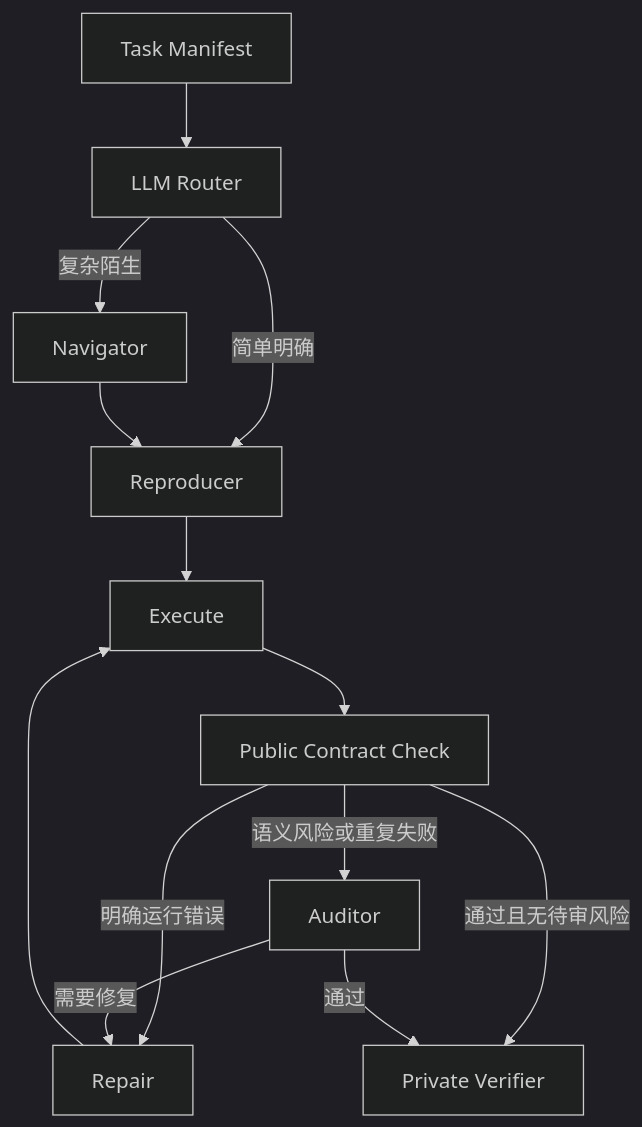
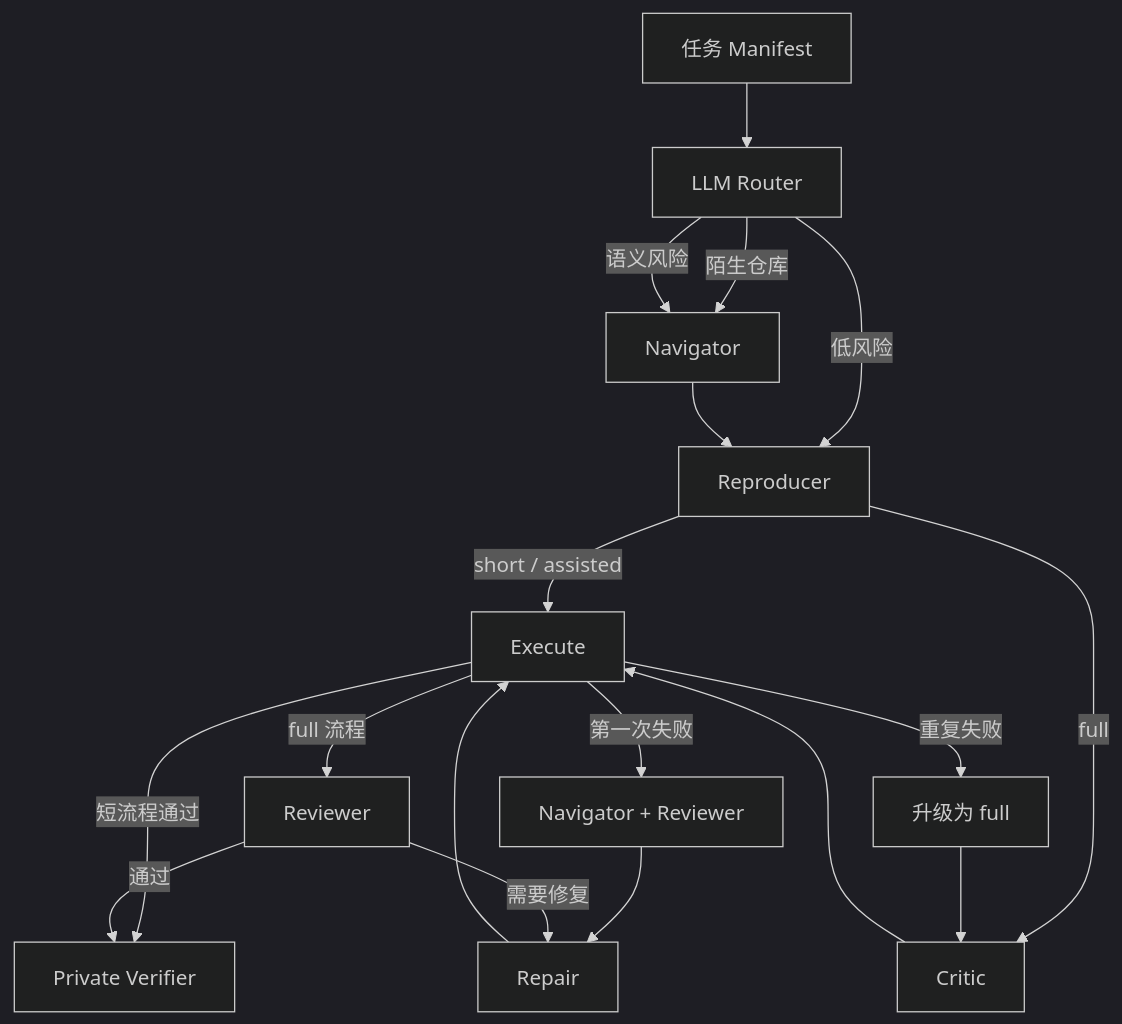
One commit to MRPRESIDENT66/repro-agent changed the diagram in README.zh-CN.md. Above: the diagram before and after it, drawn with Mermaid (dark theme). The commit also changed other lines of this file and 20 other files, not shown here.

````diff
--- a/README.zh-CN.md
+++ b/README.zh-CN.md
@@ -22,15 +10,20 @@
 ```mermaid
 flowchart TD
-    M["Task Manifest"] --> R["LLM Router"]
-    R -->|简单明确| P["Reproducer"]
-    R -->|复杂陌生| N["Navigator"]
+    T["任务 Manifest"] --> R["LLM Router"]
+    R -->|低风险| P["Reproducer"]
+    R -->|陌生仓库| N["Navigator"]
+    R -->|语义风险| N
     N --> P
-    P --> E["Execute"]
-    E --> C["Public Contract Check"]
-    C -->|明确运行错误| X["Repair"]
-    C -->|语义风险或重复失败| A["Auditor"]
-    A -->|需要修复| X
+    P -->|short / assisted| E["Execute"]
+    P -->|full| C["Critic"]
+    C --> E
+    E -->|第一次失败| D["Navigator + Reviewer"]
+    D --> X["Repair"]
     X --> E
-    C -->|通过且无待审风险| V["Private Verifier"]
-    A -->|通过| V
+    E -->|重复失败| F["升级为 full"]
+    F --> C
+    E -->|短流程通过| V["Private Verifier"]
+    E -->|full 流程| W["Reviewer"]
+    W -->|通过| V
+    W -->|需要修复| X
 ```
````
